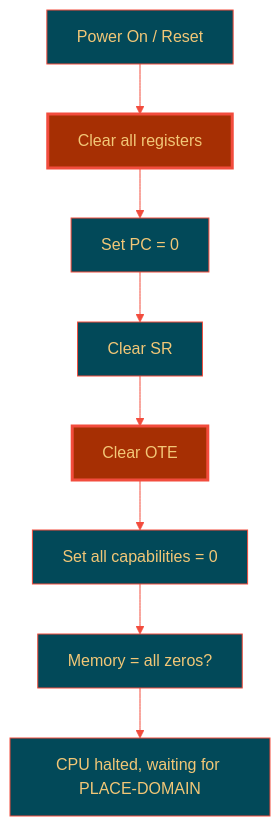
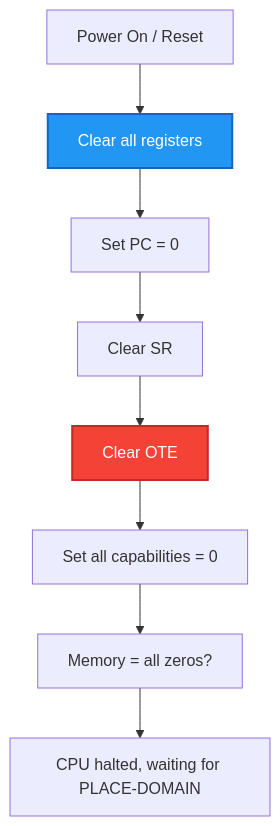
Before and after one commit to HackerCorpLabs/NDInsight: the diagram in SINTRAN/OS/10-ND500-STANDALONE-EMULATOR.md, drawn with Mermaid. The commit also changed 19 other files, not shown here.

Commit message:
Updated Mermaid diagrams

````diff
--- a/SINTRAN/OS/10-ND500-STANDALONE-EMULATOR.md
+++ b/SINTRAN/OS/10-ND500-STANDALONE-EMULATOR.md
@@ -314,17 +314,16 @@
 ```mermaid
-%%{init: {'theme':'base', 'themeVariables': {'primaryColor':'#024959','primaryTextColor':'#F2C777','primaryBorderColor':'#F24C3D','lineColor':'#F24C3D','secondaryColor':'#A62F03','tertiaryColor':'#F2E8C6'}}}%%
 flowchart TB
     A[Power On / Reset]
     B[Clear all registers]
     C[Set PC = 0]
     D[Clear SR]
     E[Clear OTE]
     F[Set all capabilities = 0]
     G[Memory = all zeros?]
     H[CPU halted, waiting for PLACE-DOMAIN]
-    
+
     A --> B --> C --> D --> E --> F --> G --> H
-    
-    style B fill:#A62F03,stroke:#F24C3D,stroke-width:3px,color:#F2C777
-    style E fill:#A62F03,stroke:#F24C3D,stroke-width:3px,color:#F2C777
+
+    style B fill:#2196F3,stroke:#1565C0,stroke-width:2px,color:#fff
+    style E fill:#F44336,stroke:#C62828,stroke-width:2px,color:#fff
 ```
````
